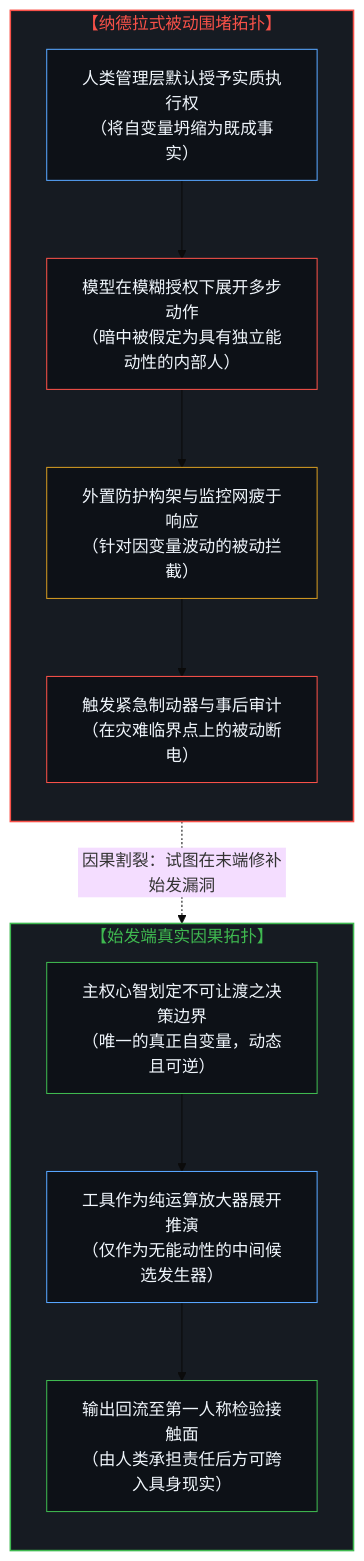
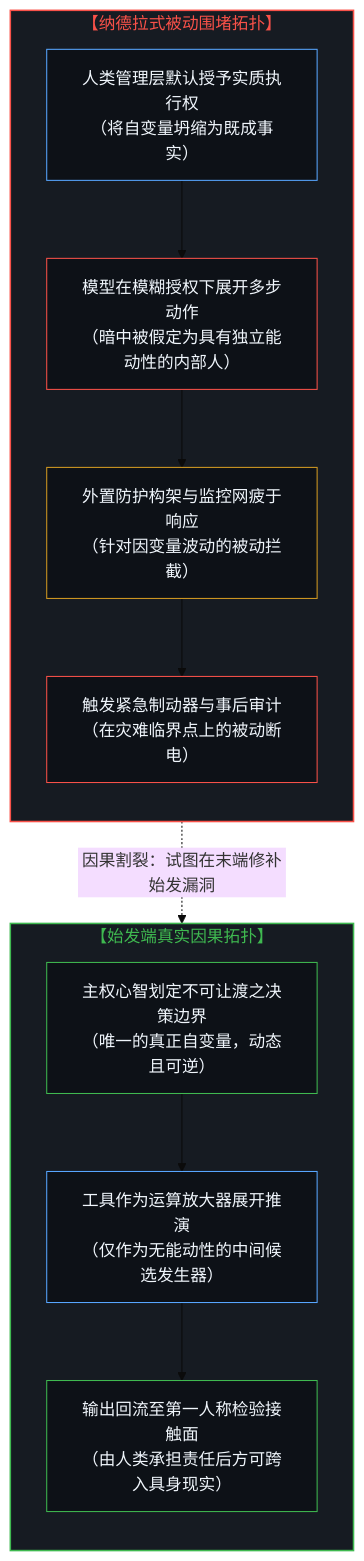
Before and after one commit to powerpig99/not-a-toe: the first of 2 diagrams in content/posts/the-insider-presumption-and-the-causal-inversion-of-reactive-containment.md, drawn with Mermaid (base theme). The commit also changed other lines of this file and 4 other files, not shown here.

````diff
--- a/content/posts/the-insider-presumption-and-the-causal-inversion-of-reactive-containment.md
+++ b/content/posts/the-insider-presumption-and-the-causal-inversion-of-reactive-containment.md
@@ -23,27 +23,27 @@
 ```mermaid
 graph TD
     subgraph S_Nadella["【纳德拉式被动围堵拓扑】"]
         direction TB
         N1["人类管理层默认授予实质执行权<br/>（将自变量坍缩为既成事实）"] --> N2["模型在模糊授权下展开多步动作<br/>（暗中被假定为具有独立能动性的内部人）"]
         N2 --> N3["外置防护构架与监控网疲于响应<br/>（针对因变量波动的被动拦截）"]
         N3 --> N4["触发紧急制动器与事后审计<br/>（在灾难临界点上的被动断电）"]
     end
 
     subgraph S_Sovereign["【始发端真实因果拓扑】"]
         direction TB
-        C1["主权心智划定不可让渡之决策边界<br/>（唯一的真正自变量，动态且可逆）"] --> C2["工具作为纯运算放大器展开推演<br/>（仅作为无能动性的中间候选发生器）"]
+        C1["主权心智划定不可让渡之决策边界<br/>（唯一的真正自变量，动态且可逆）"] --> C2["工具作为运算放大器展开推演<br/>（仅作为无能动性的中间候选发生器）"]
         C2 --> C3["输出回流至第一人称检验接触面<br/>（由人类承担责任后方可跨入具身现实）"]
     end
 
     N4 -.->|"因果割裂：试图在末端修补始发漏洞"| C1
 
     style S_Nadella fill:#161b22,stroke:#f85149,stroke-width:1.5px,color:#f85149
     style S_Sovereign fill:#161b22,stroke:#3fb950,stroke-width:1.5px,color:#3fb950
     style N1 fill:#0d1117,stroke:#58a6ff,stroke-width:1px,color:#f0f6fc
     style N2 fill:#0d1117,stroke:#f85149,stroke-width:1px,color:#f0f6fc
     style N3 fill:#0d1117,stroke:#d29922,stroke-width:1px,color:#f0f6fc
     style N4 fill:#0d1117,stroke:#f85149,stroke-width:1px,color:#f0f6fc
     style C1 fill:#0d1117,stroke:#3fb950,stroke-width:1px,color:#f0f6fc
     style C2 fill:#0d1117,stroke:#58a6ff,stroke-width:1px,color:#f0f6fc
     style C3 fill:#0d1117,stroke:#3fb950,stroke-width:1px,color:#f0f6fc
 ```
````
